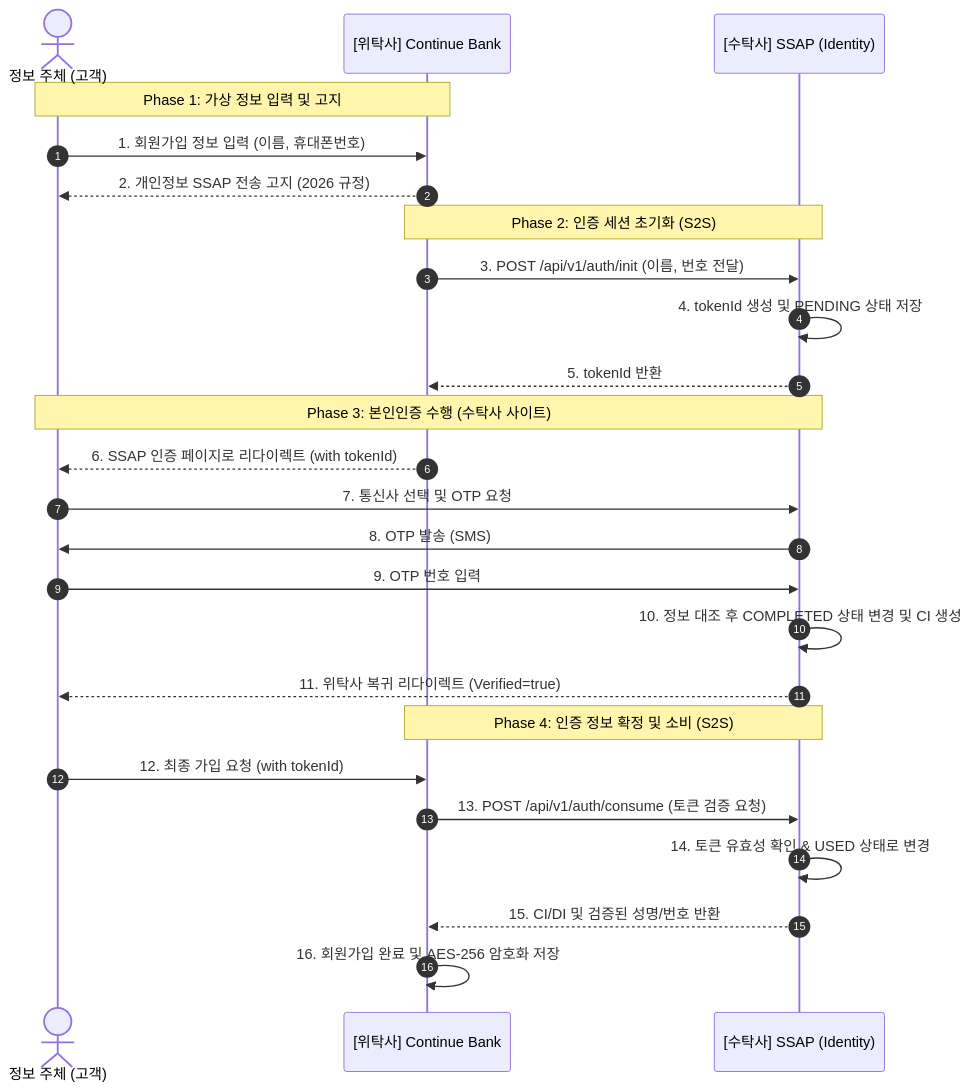
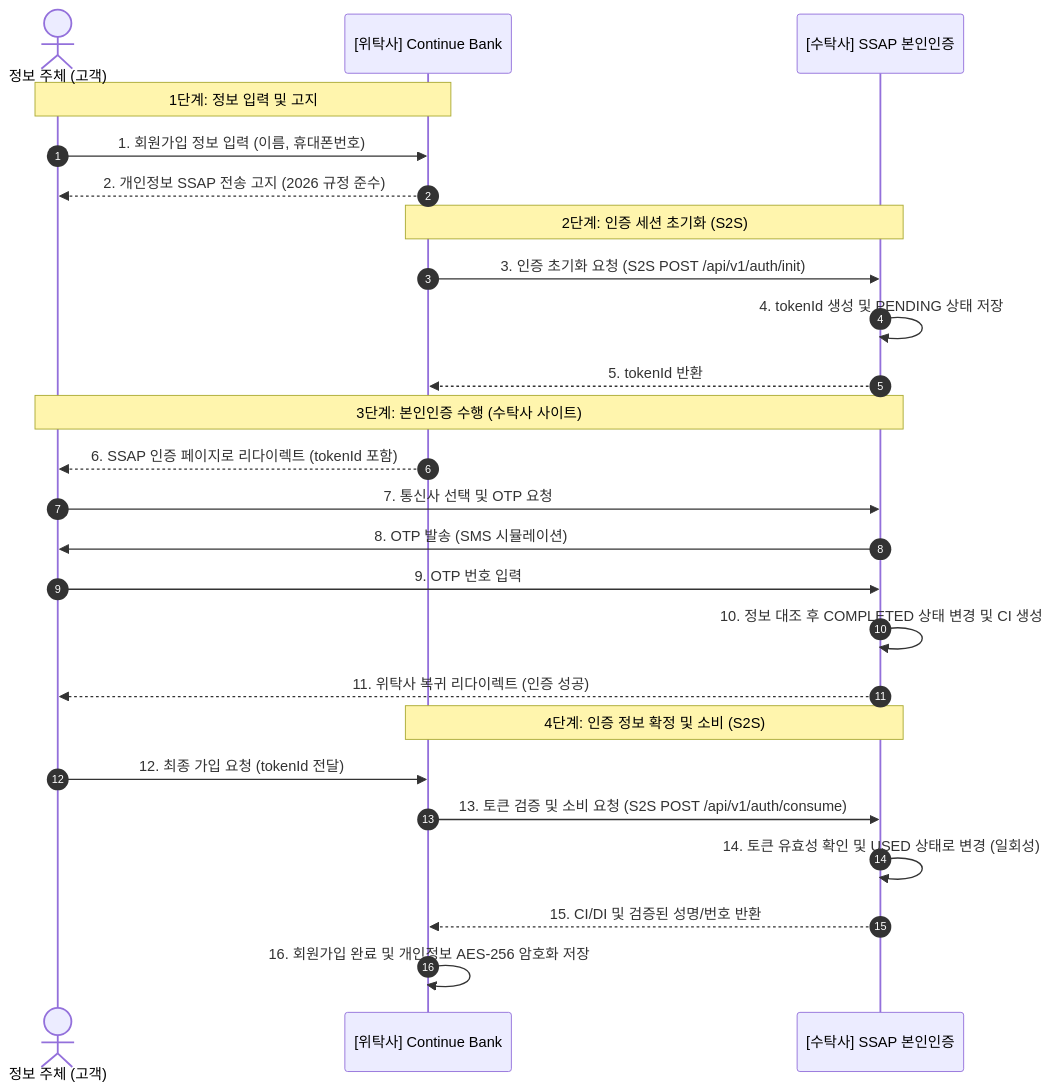
Before and after one commit to 11mia1717/ContinueProject: the diagram in docs/AUTH_PRIVACY_GUIDE.md, drawn with Mermaid. The commit also changed other lines of this file and 5 other files, not shown here.

````diff
--- a/docs/AUTH_PRIVACY_GUIDE.md
+++ b/docs/AUTH_PRIVACY_GUIDE.md
@@ -12,31 +12,31 @@
 ```mermaid
 sequenceDiagram
     autonumber
     actor User as 정보 주체 (고객)
     participant Bank as [위탁사] Continue Bank
-    participant SSAP as [수탁사] SSAP (Identity)
+    participant SSAP as [수탁사] SSAP 본인인증
     
-    Note over User, Bank: Phase 1: 가상 정보 입력 및 고지
+    Note over User, Bank: 1단계: 정보 입력 및 고지
     User->>Bank: 1. 회원가입 정보 입력 (이름, 휴대폰번호)
-    Bank-->>User: 2. 개인정보 SSAP 전송 고지 (2026 규정)
+    Bank-->>User: 2. 개인정보 SSAP 전송 고지 (2026 규정 준수)
     
-    Note over Bank, SSAP: Phase 2: 인증 세션 초기화 (S2S)
-    Bank->>SSAP: 3. POST /api/v1/auth/init (이름, 번호 전달)
+    Note over Bank, SSAP: 2단계: 인증 세션 초기화 (S2S)
+    Bank->>SSAP: 3. 인증 초기화 요청 (S2S POST /api/v1/auth/init)
     SSAP->>SSAP: 4. tokenId 생성 및 PENDING 상태 저장
     SSAP-->>Bank: 5. tokenId 반환
     
-    Note over User, SSAP: Phase 3: 본인인증 수행 (수탁사 사이트)
-    Bank-->>User: 6. SSAP 인증 페이지로 리다이렉트 (with tokenId)
+    Note over User, SSAP: 3단계: 본인인증 수행 (수탁사 사이트)
+    Bank-->>User: 6. SSAP 인증 페이지로 리다이렉트 (tokenId 포함)
     User->>SSAP: 7. 통신사 선택 및 OTP 요청
-    SSAP->>User: 8. OTP 발송 (SMS)
+    SSAP->>User: 8. OTP 발송 (SMS 시뮬레이션)
     User->>SSAP: 9. OTP 번호 입력
     SSAP->>SSAP: 10. 정보 대조 후 COMPLETED 상태 변경 및 CI 생성
-    SSAP-->>User: 11. 위탁사 복귀 리다이렉트 (Verified=true)
+    SSAP-->>User: 11. 위탁사 복귀 리다이렉트 (인증 성공)
     
-    Note over Bank, SSAP: Phase 4: 인증 정보 확정 및 소비 (S2S)
-    User->>Bank: 12. 최종 가입 요청 (with tokenId)
-    Bank->>SSAP: 13. POST /api/v1/auth/consume (토큰 검증 요청)
-    SSAP->>SSAP: 14. 토큰 유효성 확인 & USED 상태로 변경
+    Note over Bank, SSAP: 4단계: 인증 정보 확정 및 소비 (S2S)
+    User->>Bank: 12. 최종 가입 요청 (tokenId 전달)
+    Bank->>SSAP: 13. 토큰 검증 및 소비 요청 (S2S POST /api/v1/auth/consume)
+    SSAP->>SSAP: 14. 토큰 유효성 확인 및 USED 상태로 변경 (일회성)
     SSAP-->>Bank: 15. CI/DI 및 검증된 성명/번호 반환
-    Bank->>Bank: 16. 회원가입 완료 및 AES-256 암호화 저장
+    Bank->>Bank: 16. 회원가입 완료 및 개인정보 AES-256 암호화 저장
 ```
````
